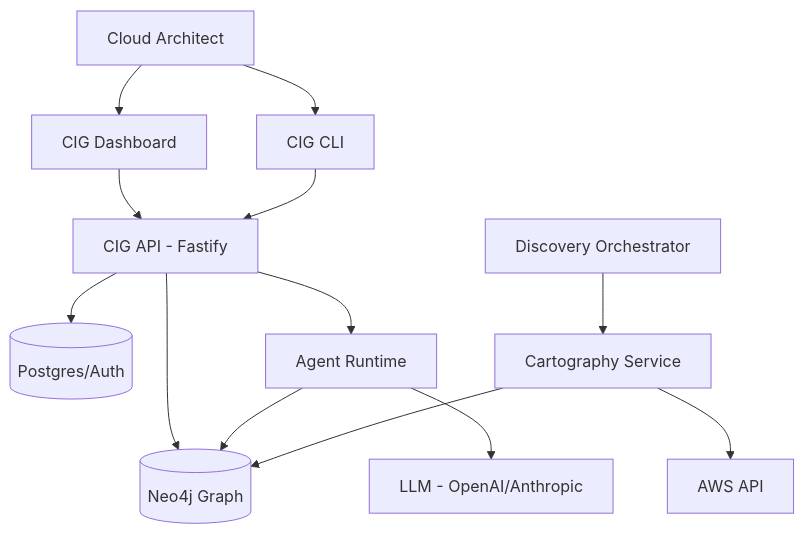
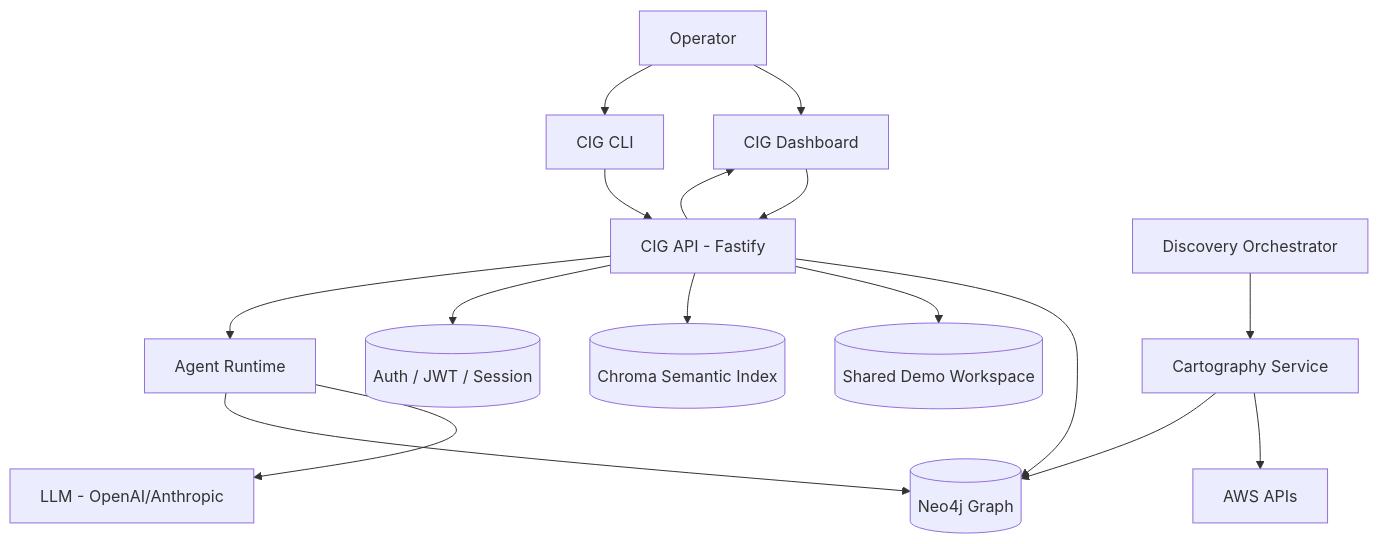
The diagram in apps/docs/docs/en/architecture/index.md (edwardcalderon/ComputeIntelligenceGraph), drawn with Mermaid before and after one commit. The commit also changed other lines of this file and 36 other files, not shown here.

````diff
--- a/apps/docs/docs/en/architecture/index.md
+++ b/apps/docs/docs/en/architecture/index.md
@@ -48,19 +50,22 @@
 ```mermaid
 graph TD
-    User[Cloud Architect] --> Dashboard[CIG Dashboard]
+    User[Operator] --> Dashboard[CIG Dashboard]
     User --> CLI[CIG CLI]
-    
+
     Dashboard --> API[CIG API - Fastify]
     CLI --> API
-    
+
     API --> Graph[(Neo4j Graph)]
-    API --> DB[(Postgres/Auth)]
+    API --> Demo[(Shared Demo Workspace)]
+    API --> Vector[(Chroma Semantic Index)]
+    API --> Auth[(Auth / JWT / Session)]
     API --> Agents[Agent Runtime]
-    
+
     Agents --> LLM[LLM - OpenAI/Anthropic]
     Agents --> Graph
-    
+
     Orchestrator[Discovery Orchestrator] --> Cartography[Cartography Service]
-    Cartography --> AWS[AWS API]
+    Cartography --> AWS[AWS APIs]
     Cartography --> Graph
+    API --> Dashboard
 ```
````
